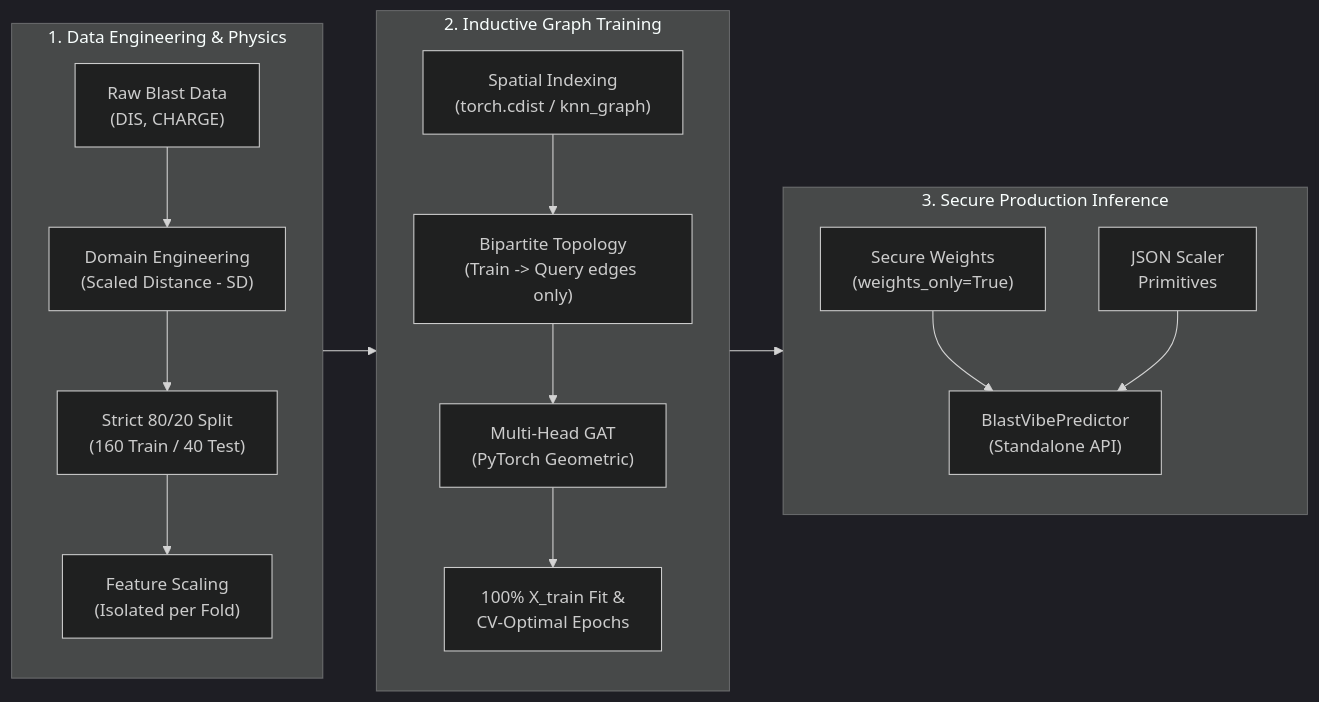
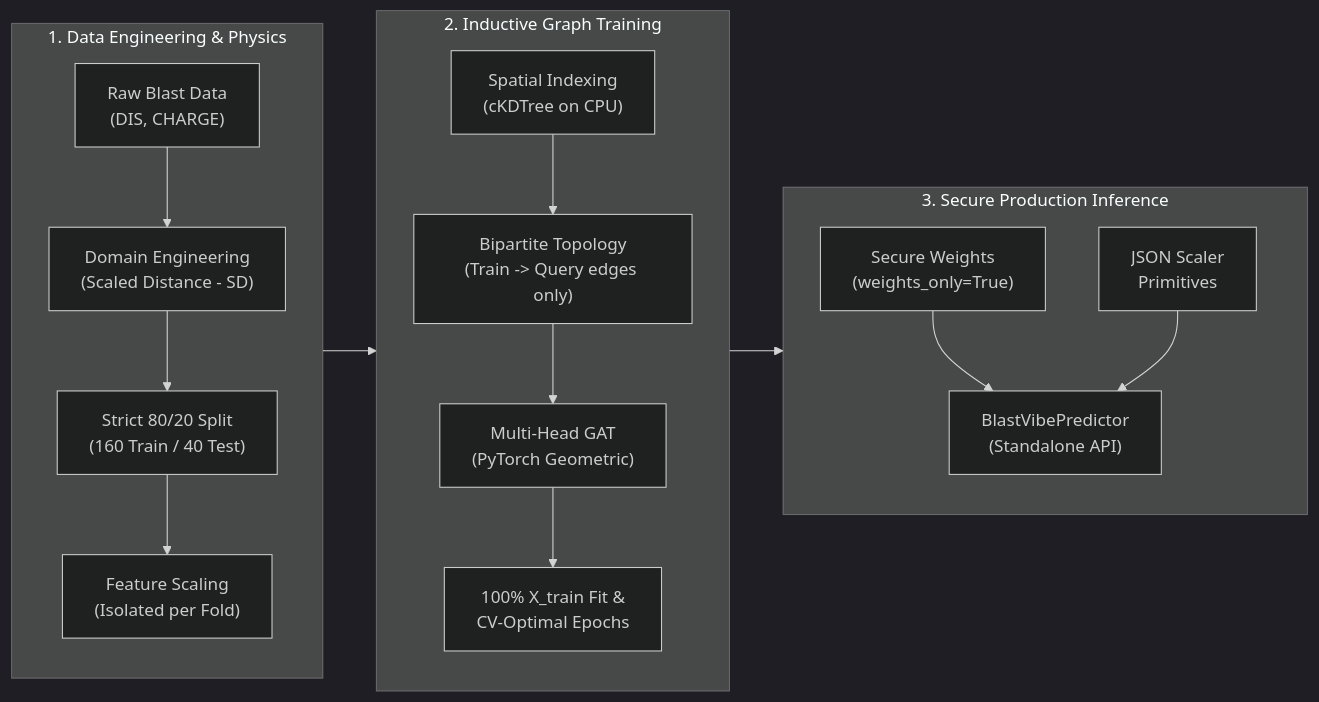
The diagram in README.md (Taha-JN/blastvibe-gat-ppv-prediction), drawn with Mermaid (dark theme) before and after one commit. The commit also changed other lines of this file and 4 other files, not shown here.

Commit message:
fix(inference): precompute cKDTree for O(1) serving, resolve PyTorch 2.0 kwargs crash, and sync scientific benchmarks in README

````diff
--- a/README.md
+++ b/README.md
@@ -24,30 +24,30 @@
 ```mermaid
 flowchart LR
     subgraph DP["1. Data Engineering & Physics"]
         direction TB
         Raw["Raw Blast Data<br/>(DIS, CHARGE)"]
         Physics["Domain Engineering<br/>(Scaled Distance - SD)"]
         Split["Strict 80/20 Split<br/>(160 Train / 40 Test)"]
         Scale["Feature Scaling<br/>(Isolated per Fold)"]
         Raw --> Physics --> Split --> Scale
     end
 
     subgraph DT["2. Inductive Graph Training"]
         direction TB
-        Spatial["Spatial Indexing<br/>(torch.cdist / knn_graph)"]
+        Spatial["Spatial Indexing<br/>(cKDTree on CPU)"]
         Graph["Bipartite Topology<br/>(Train -> Query edges only)"]
         GAT["Multi-Head GAT<br/>(PyTorch Geometric)"]
         Early["100% X_train Fit &<br/>CV-Optimal Epochs"]
         Scale --> Spatial --> Graph --> GAT --> Early
     end
 
     subgraph INF["3. Secure Production Inference"]
         direction TB
         Artifact["Secure Weights<br/>(weights_only=True)"]
         JSON["JSON Scaler<br/>Primitives"]
         Service["BlastVibePredictor<br/>(Standalone API)"]
         Artifact & JSON --> Service
     end
 
     Early --> Artifact
 ```
````
